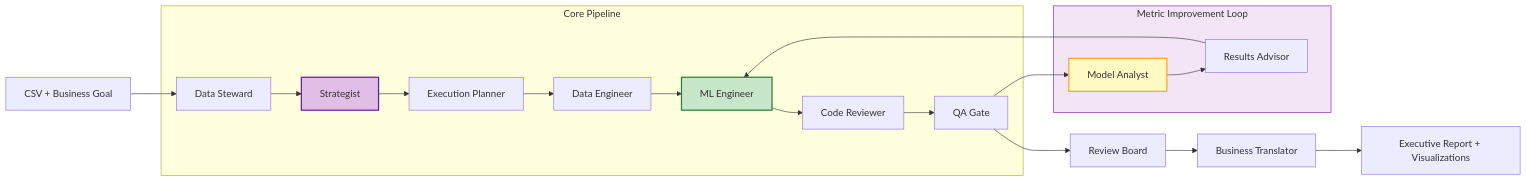
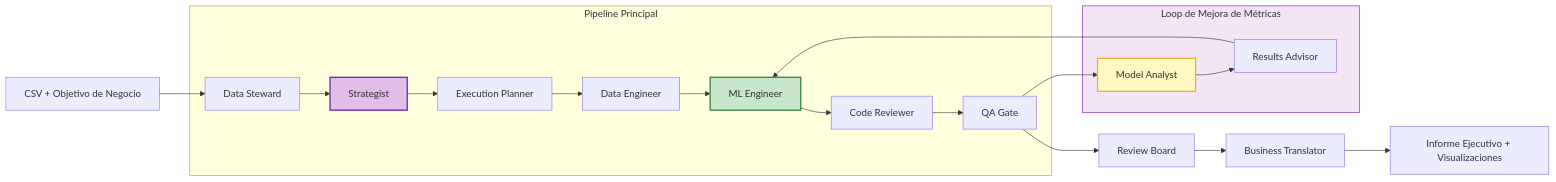
One commit to santimc98/StrategyEngine-AI changed the diagram in README.md. Above: the diagram before and after it, drawn with Mermaid. The commit also changed other lines of this file and 3 other files, not shown here.

````diff
--- a/README.md
+++ b/README.md
@@ -24,28 +24,28 @@
 ```mermaid
 graph LR
-    User["CSV + Business Goal"] --> Steward
+    User["CSV + Objetivo de Negocio"] --> Steward
 
-    subgraph Pipeline ["Core Pipeline"]
+    subgraph Pipeline ["Pipeline Principal"]
         Steward["Data Steward"] --> Strategist["Strategist"]
         Strategist --> ExecPlanner["Execution Planner"]
         ExecPlanner --> DataEng["Data Engineer"]
         DataEng --> MLEng["ML Engineer"]
         MLEng --> Reviewer["Code Reviewer"]
         Reviewer --> QA["QA Gate"]
     end
 
-    subgraph OptLoop ["Metric Improvement Loop"]
+    subgraph OptLoop ["Loop de Mejora de Métricas"]
         QA --> ModelAnalyst["Model Analyst"]
         ModelAnalyst --> ResultsAdv["Results Advisor"]
         ResultsAdv --> MLEng
     end
 
     QA --> ReviewBoard["Review Board"]
     ReviewBoard --> Translator["Business Translator"]
-    Translator --> Report["Executive Report + Visualizations"]
+    Translator --> Report["Informe Ejecutivo + Visualizaciones"]
 
     style Strategist fill:#e1bee7,stroke:#6a1b9a,stroke-width:2px
     style ModelAnalyst fill:#fff9c4,stroke:#f9a825,stroke-width:2px
     style MLEng fill:#c8e6c9,stroke:#2e7d32,stroke-width:2px
     style OptLoop fill:#f3e5f5,stroke:#7b1fa2,stroke-width:1px
 ```
````
